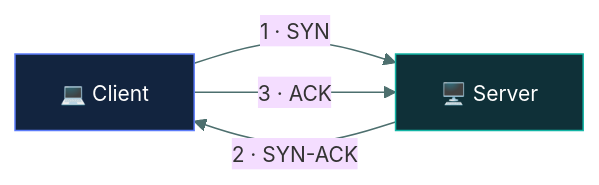
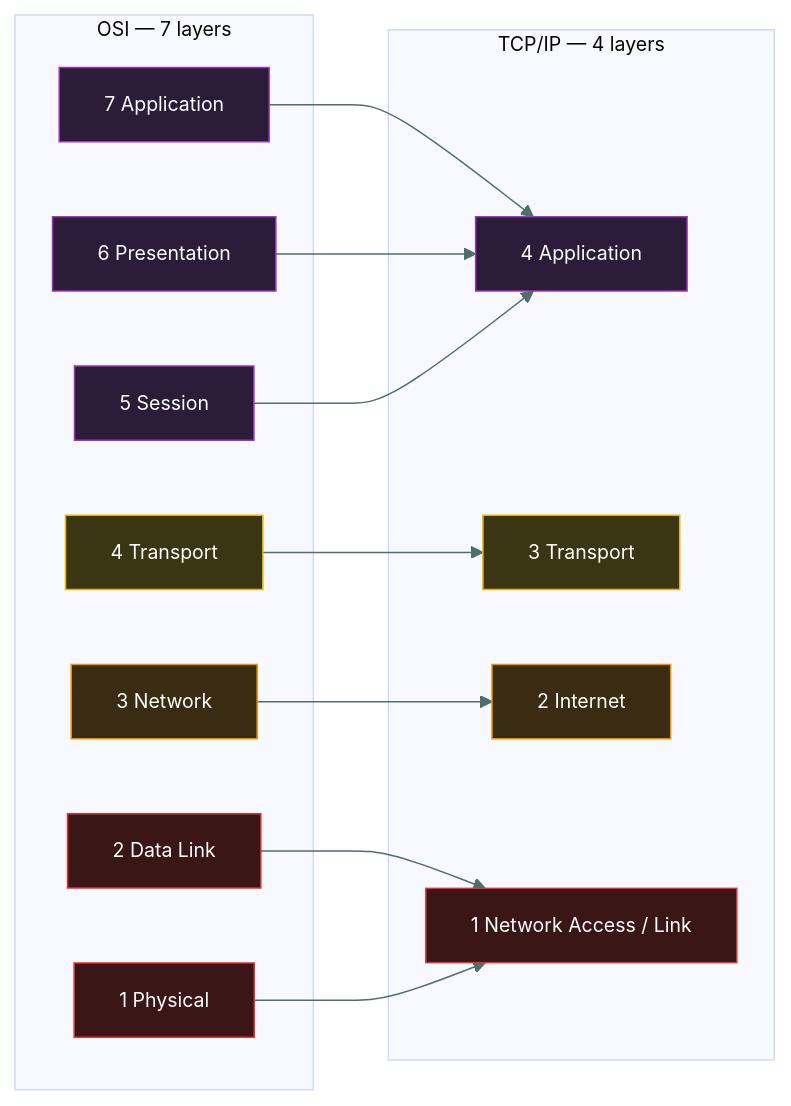
The third of 5 diagrams in 04-network-security/osi-and-tcpip/README.md (tarunTejaDesireddy/cc-exam-prep), drawn with Mermaid before and after one commit. The commit also changed other lines of this file, not shown here.

Commit message:
Replace OSI and TCP/IP with caveman-style version, diagrams and questions

````diff
--- a/04-network-security/osi-and-tcpip/README.md
+++ b/04-network-security/osi-and-tcpip/README.md
@@ -187,10 +294,38 @@
 ```mermaid
-%%{init: {'theme':'base','themeVariables':{'fontSize':'14px','lineColor':'#4d6f6e','textColor':'#dbe7e6'}}}%%
+%%{init: {'theme':'base','themeVariables':{'fontSize':'13px','lineColor':'#4d6f6e','textColor':'#dbe7e6'}}}%%
 flowchart LR
-    A["💻 Client"] -->|"1 · SYN"| B["🖥️ Server"]
-    B -->|"2 · SYN-ACK"| A
-    A -->|"3 · ACK"| B
+    subgraph OSI["OSI — 7 layers"]
+        O7["7 Application"]
+        O6["6 Presentation"]
+        O5["5 Session"]
+        O4["4 Transport"]
+        O3["3 Network"]
+        O2["2 Data Link"]
+        O1["1 Physical"]
+    end
+    subgraph TCPIP["TCP/IP — 4 layers"]
+        A["4 Application"]
+        T["3 Transport"]
+        I["2 Internet"]
+        N["1 Network Access / Link"]
+    end
+    O7 --> A
+    O6 --> A
+    O5 --> A
+    O4 --> T
+    O3 --> I
+    O2 --> N
+    O1 --> N
 
-    style A fill:#12243f,stroke:#5C7CFA,color:#fff
-    style B fill:#0f3038,stroke:#12B5A5,color:#fff
+    style O7 fill:#2b1d3a,stroke:#9C36B5,color:#fff
+    style O6 fill:#2b1d3a,stroke:#9C36B5,color:#fff
+    style O5 fill:#2b1d3a,stroke:#9C36B5,color:#fff
+    style A fill:#2b1d3a,stroke:#9C36B5,color:#fff
+    style O4 fill:#3a3512,stroke:#E8B500,color:#fff
+    style T fill:#3a3512,stroke:#E8B500,color:#fff
+    style O3 fill:#3a2c12,stroke:#F08C00,color:#fff
+    style I fill:#3a2c12,stroke:#F08C00,color:#fff
+    style O2 fill:#3a1616,stroke:#E03131,color:#fff
+    style O1 fill:#3a1616,stroke:#E03131,color:#fff
+    style N fill:#3a1616,stroke:#E03131,color:#fff
 ```
````
